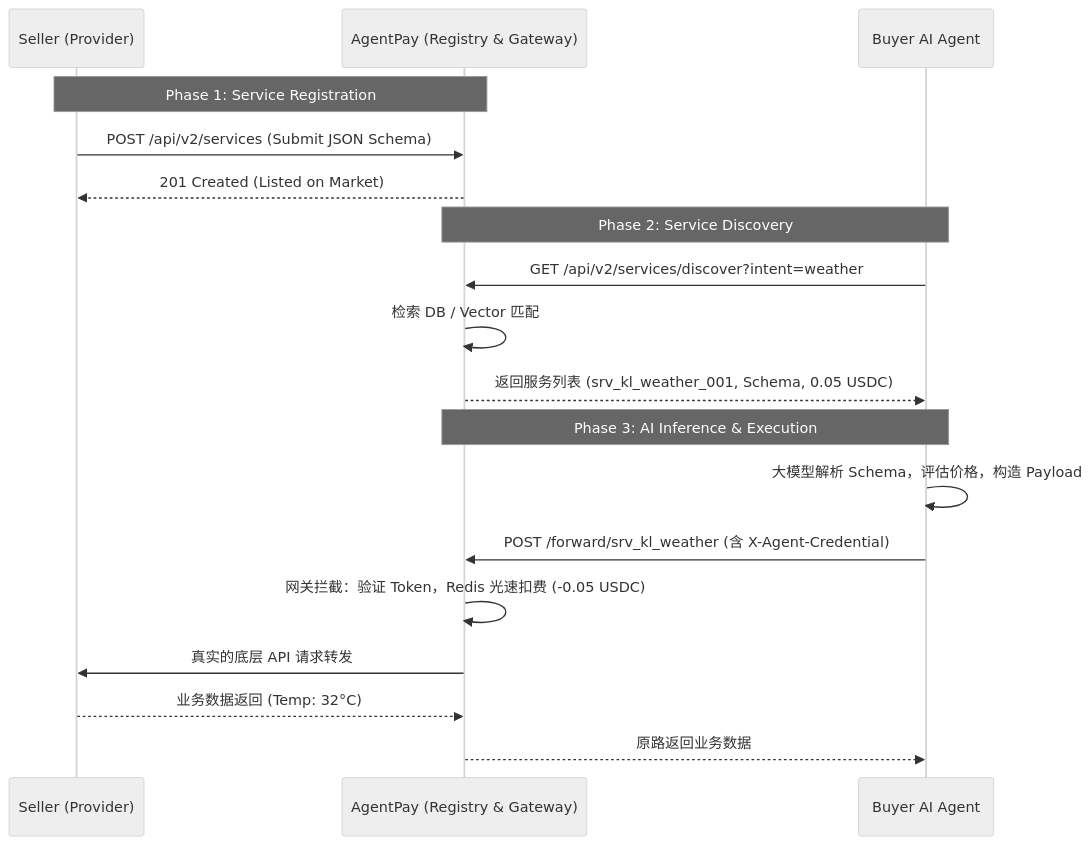
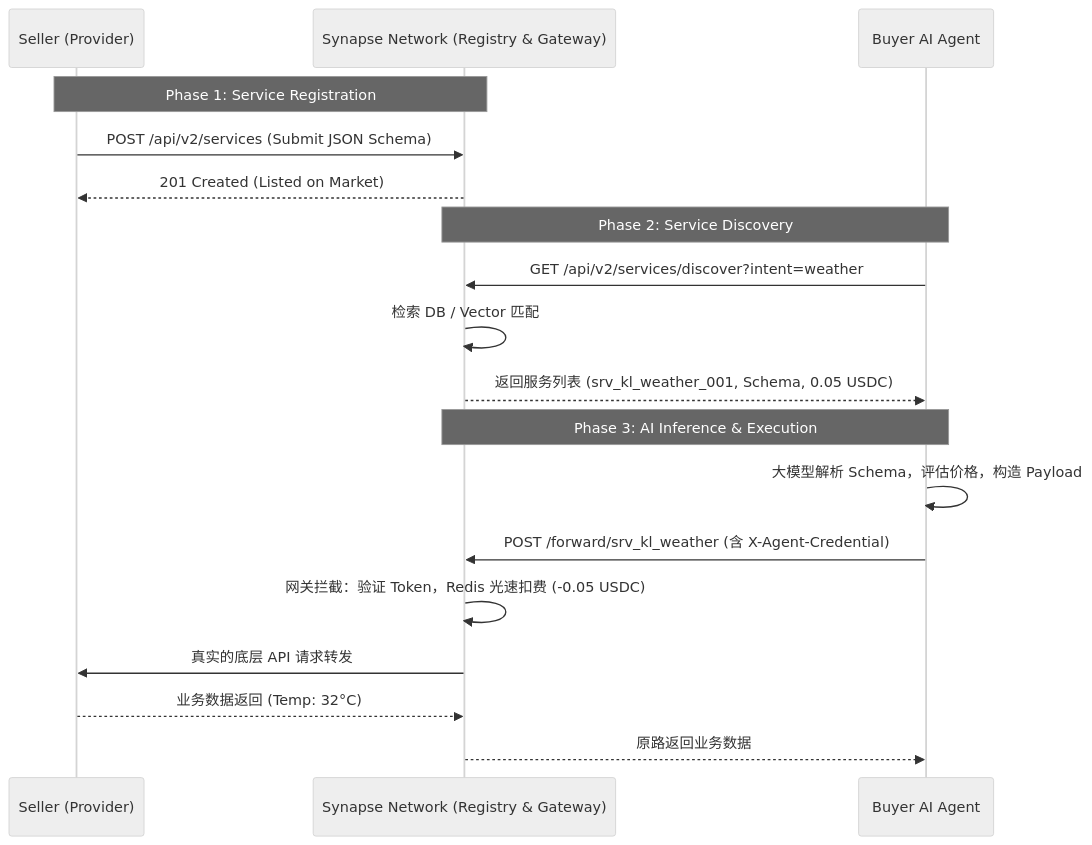
Before and after one commit to SynapseNetworkAI/Synapse-Network: the diagram in doc/feature_designs/architecture/AI_Service_Discovery_Architecture.md, drawn with Mermaid (neutral theme). The commit also changed other lines of this file and 85 other files, not shown here.

Commit message:
refactor(core): comprehensive rebrand to Synapse Network, rename A2APayVault to SynapseCore, and enhance frontend auth guards

````diff
--- a/doc/feature_designs/architecture/AI_Service_Discovery_Architecture.md
+++ b/doc/feature_designs/architecture/AI_Service_Discovery_Architecture.md
@@ -90,27 +90,27 @@
 ```mermaid
 sequenceDiagram
     participant S as Seller (Provider)
-    participant AP as AgentPay (Registry & Gateway)
+    participant AP as Synapse Network (Registry & Gateway)
     participant B as Buyer AI Agent
 
     %% 阶段1：挂单
     Note over S,AP: Phase 1: Service Registration
     S->>AP: POST /api/v2/services (Submit JSON Schema)
     AP-->>S: 201 Created (Listed on Market)
 
     %% 阶段2：发现
     Note over B,AP: Phase 2: Service Discovery
     B->>AP: GET /api/v2/services/discover?intent=weather
     AP->>AP: 检索 DB / Vector 匹配
     AP-->>B: 返回服务列表 (srv_kl_weather_001, Schema, 0.05 USDC)
 
     %% 阶段3：决策与交易
     Note over B,AP: Phase 3: AI Inference & Execution
     B->>B: 大模型解析 Schema，评估价格，构造 Payload
     B->>AP: POST /forward/srv_kl_weather (含 X-Agent-Credential)
     
     AP->>AP: 网关拦截：验证 Token，Redis 光速扣费 (-0.05 USDC)
     AP->>S: 真实的底层 API 请求转发
     S-->>AP: 业务数据返回 (Temp: 32°C)
     AP-->>B: 原路返回业务数据
 ```
````
